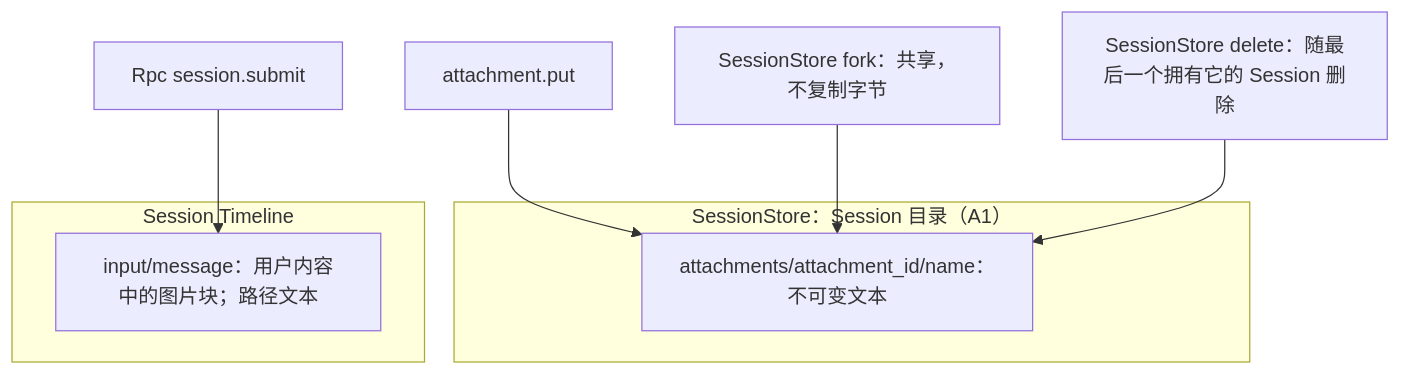
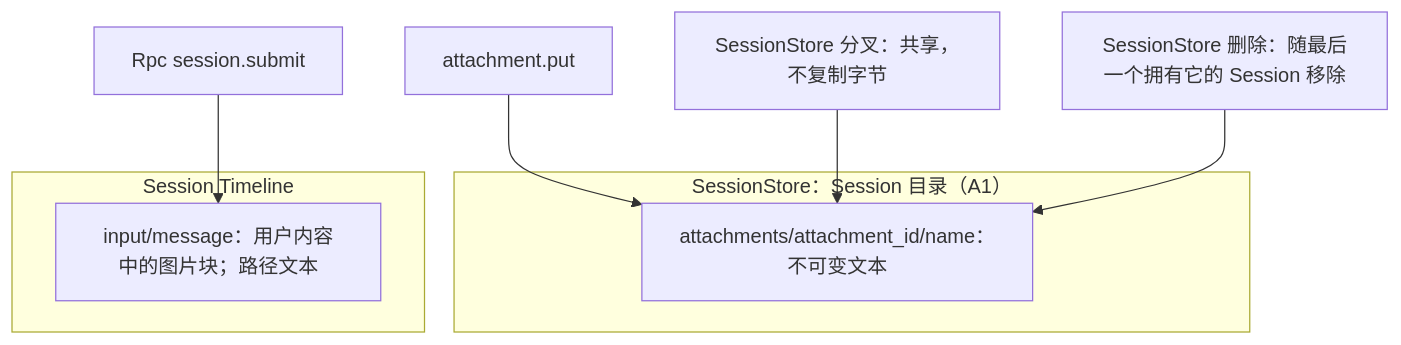
The second of 4 diagrams in docs/zh/design/plugins/Attachments.md (CoutinhoTTS/dim-agent), drawn with Mermaid before and after one commit. The commit also changed other lines of this file and 18 other files, not shown here.

````diff
--- a/docs/zh/design/plugins/Attachments.md
+++ b/docs/zh/design/plugins/Attachments.md
@@ -38,13 +38,13 @@
 ```mermaid
 flowchart TB
   subgraph SSD["SessionStore：Session 目录（A1）"]
     F["attachments/attachment_id/name：不可变文本"]
   end
   subgraph TL["Session Timeline"]
     IM["input/message：用户内容中的图片块；路径文本"]
   end
   PUT["attachment.put"] --> F
-  FORK["SessionStore fork：共享，不复制字节"] --> F
-  DEL["SessionStore delete：随最后一个拥有它的 Session 删除"] --> F
+  FORK["SessionStore 分叉：共享，不复制字节"] --> F
+  DEL["SessionStore 删除：随最后一个拥有它的 Session 移除"] --> F
   SUB["Rpc session.submit"] --> IM
 ```
````
